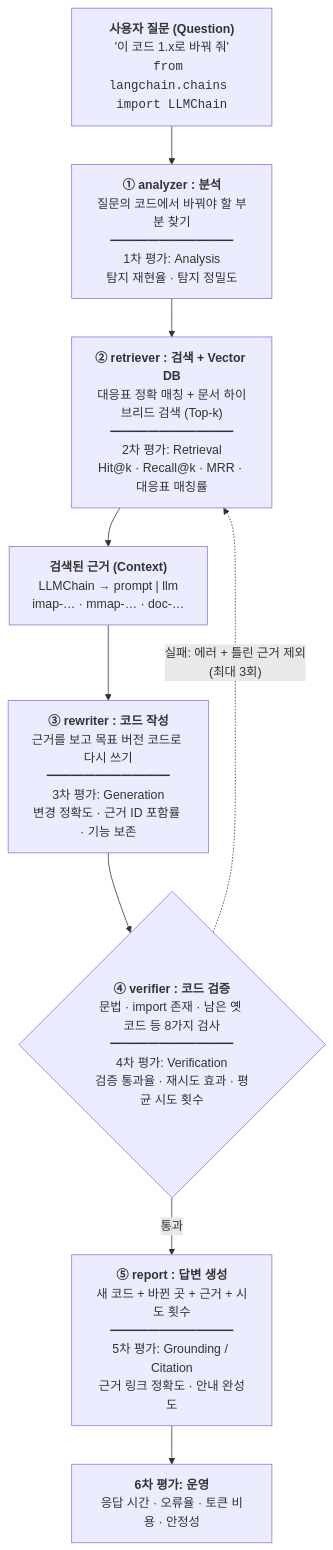
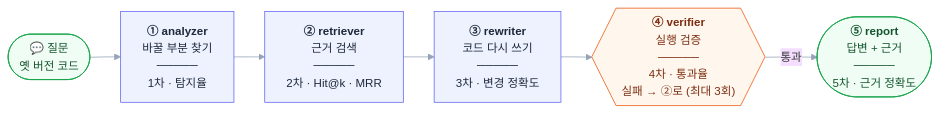
The diagram in PLAN.md (SKNETWORKS-FAMILY-AICAMP/SKN35-3rd-4Team), drawn with Mermaid before and after one commit.

Commit message:
Revise RAG testing flowchart and descriptions
Updated flowchart and descriptions for RAG testing structure in PLAN.md.

````diff
--- a/PLAN.md
+++ b/PLAN.md
@@ -57,22 +57,17 @@
 ```mermaid
-flowchart TD
-    Q["<b>사용자 질문 (Question)</b><br/>'이 코드 1.x로 바꿔 줘'<br/><code>from langchain.chains import LLMChain</code>"]
+%%{init: {"theme":"base","themeVariables":{"fontSize":"15px","lineColor":"#94A3B8"},"flowchart":{"curve":"basis","nodeSpacing":40,"rankSpacing":40,"padding":14}}}%%
+flowchart LR
+    Q(["💬 질문<br/>옛 버전 코드"]):::io
+    A["<b>① analyzer</b><br/>바꿀 부분 찾기<br/>─────<br/>1차 · 탐지율"]:::step
+    R["<b>② retriever</b><br/>근거 검색<br/>─────<br/>2차 · Hit@k · MRR"]:::step
+    W["<b>③ rewriter</b><br/>코드 다시 쓰기<br/>─────<br/>3차 · 변경 정확도"]:::step
+    V{{"<b>④ verifier</b><br/>실행 검증<br/>─────<br/>4차 · 통과율<br/>실패 → ②로 (최대 3회)"}}:::check
+    P(["<b>⑤ report</b><br/>답변 + 근거<br/>─────<br/>5차 · 근거 정확도"]):::io
 
-    A["<b>① analyzer : 분석</b><br/>질문의 코드에서 바꿔야 할 부분 찾기<br/>━━━━━━━━━━<br/>1차 평가: Analysis<br/>탐지 재현율 · 탐지 정밀도"]
+    Q --> A --> R --> W --> V
+    V -- 통과 --> P
 
-    R["<b>② retriever : 검색 + Vector DB</b><br/>대응표 정확 매칭 + 문서 하이브리드 검색 (Top-k)<br/>━━━━━━━━━━<br/>2차 평가: Retrieval<br/>Hit@k · Recall@k · MRR · 대응표 매칭률"]
-
-    C["<b>검색된 근거 (Context)</b><br/>LLMChain → prompt | llm<br/>imap-… · mmap-… · doc-…"]
-
-    W["<b>③ rewriter : 코드 작성</b><br/>근거를 보고 목표 버전 코드로 다시 쓰기<br/>━━━━━━━━━━<br/>3차 평가: Generation<br/>변경 정확도 · 근거 ID 포함률 · 기능 보존"]
-
-    V{"<b>④ verifier : 코드 검증</b><br/>문법 · import 존재 · 남은 옛 코드 등 8가지 검사<br/>━━━━━━━━━━<br/>4차 평가: Verification<br/>검증 통과율 · 재시도 효과 · 평균 시도 횟수"}
-
-    P["<b>⑤ report : 답변 생성</b><br/>새 코드 + 바뀐 곳 + 근거 + 시도 횟수<br/>━━━━━━━━━━<br/>5차 평가: Grounding / Citation<br/>근거 링크 정확도 · 안내 완성도"]
-
-    O["<b>6차 평가: 운영</b><br/>응답 시간 · 오류율 · 토큰 비용 · 안정성"]
-
-    Q --> A --> R --> C --> W --> V
-    V -- "통과" --> P --> O
-    V -. "실패: 에러 + 틀린 근거 제외<br/>(최대 3회)" .-> R
+    classDef io fill:#F0FDF4,stroke:#16A34A,color:#14532D
+    classDef step fill:#EEF2FF,stroke:#6366F1,color:#1E293B
+    classDef check fill:#FFF7ED,stroke:#EA580C,color:#7C2D12
 ```
````
